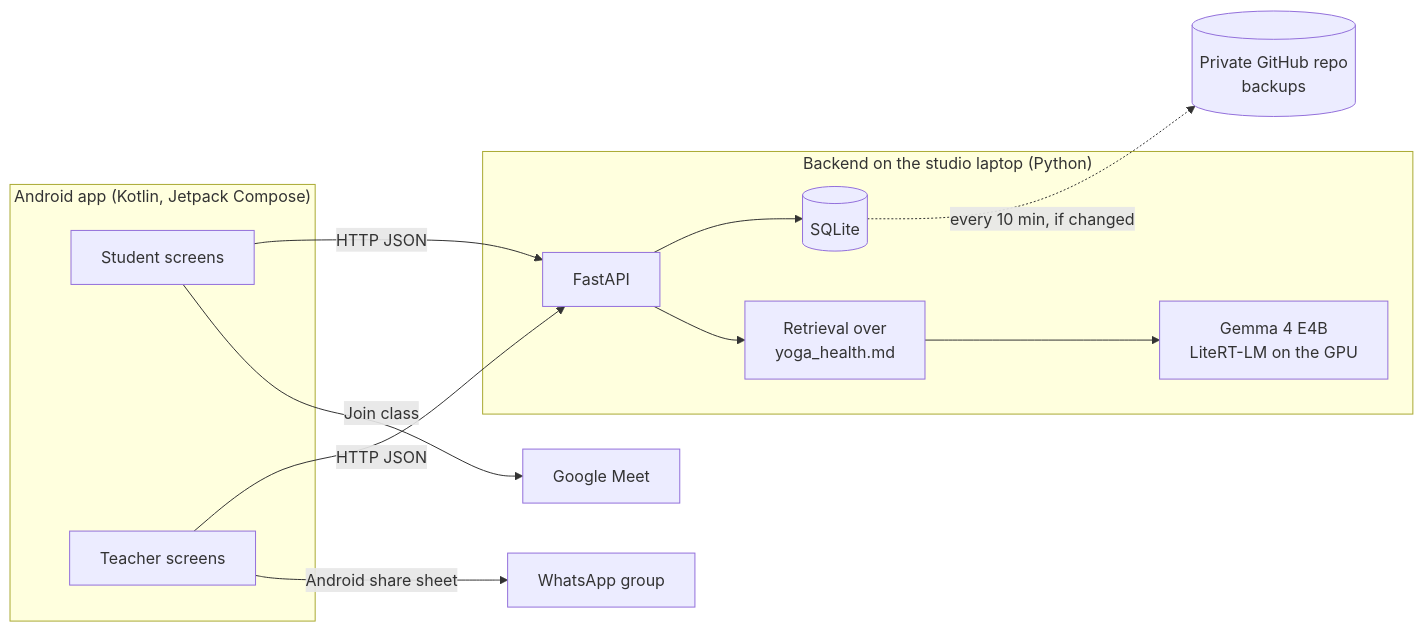
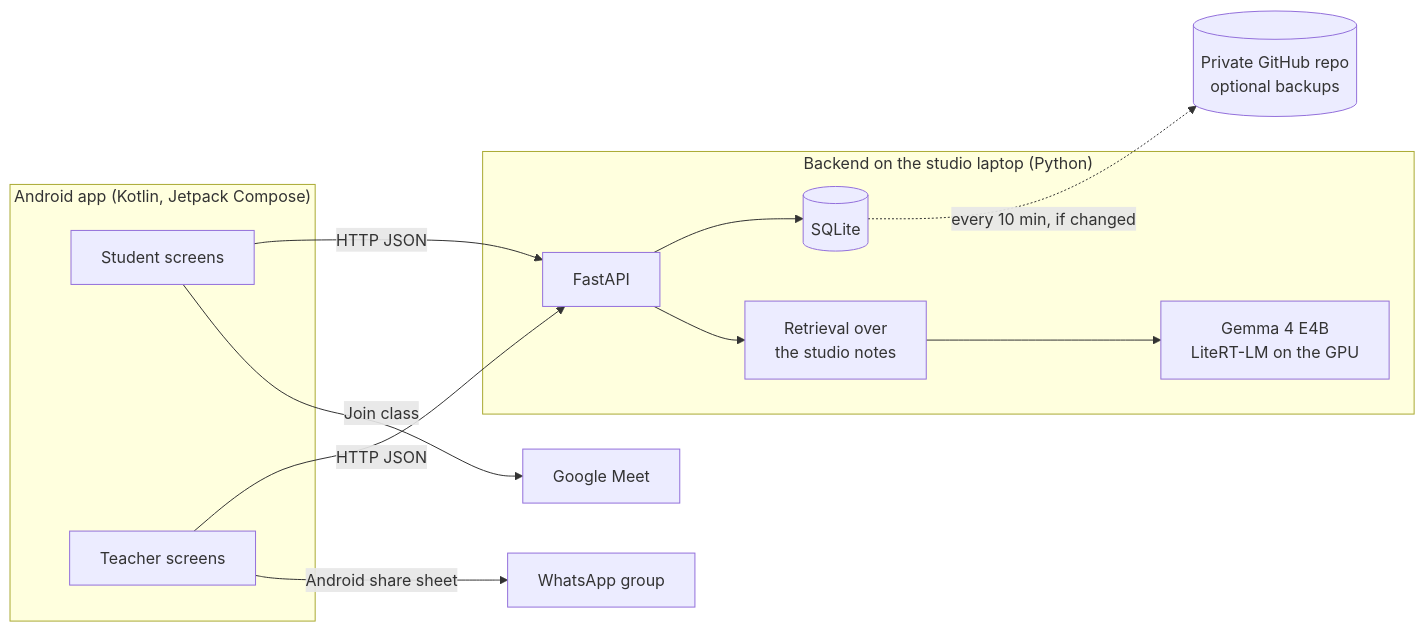
Before and after one commit to DhwaniMundra/satt_chitt_anand_yoga: the diagram in README.md, drawn with Mermaid. The commit also changed other lines of this file and 24 other files, not shown here.

````diff
--- a/README.md
+++ b/README.md
@@ -48,23 +51,23 @@
 ```mermaid
 flowchart LR
     subgraph Phone["Android app (Kotlin, Jetpack Compose)"]
         S[Student screens]
         T[Teacher screens]
     end
     subgraph Laptop["Backend on the studio laptop (Python)"]
         API[FastAPI]
         DB[(SQLite)]
-        R[Retrieval over<br/>yoga_health.md]
+        R[Retrieval over<br/>the studio notes]
         G[Gemma 4 E4B<br/>LiteRT-LM on the GPU]
     end
     WA[WhatsApp group]
     MEET[Google Meet]
-    GH[(Private GitHub repo<br/>backups)]
+    GH[(Private GitHub repo<br/>optional backups)]
     S -- HTTP JSON --> API
     T -- HTTP JSON --> API
     API --> DB
     API --> R --> G
     T -- Android share sheet --> WA
     S -- Join class --> MEET
     DB -. every 10 min, if changed .-> GH
 ```
````
